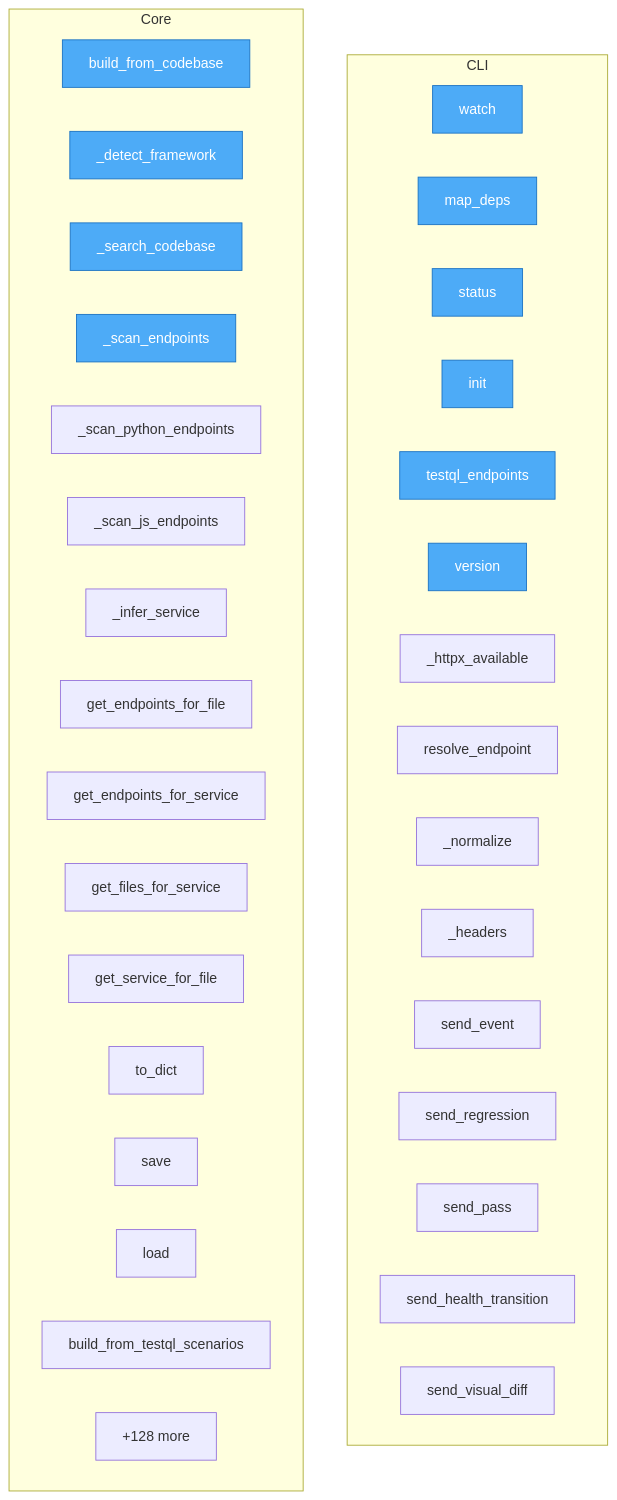
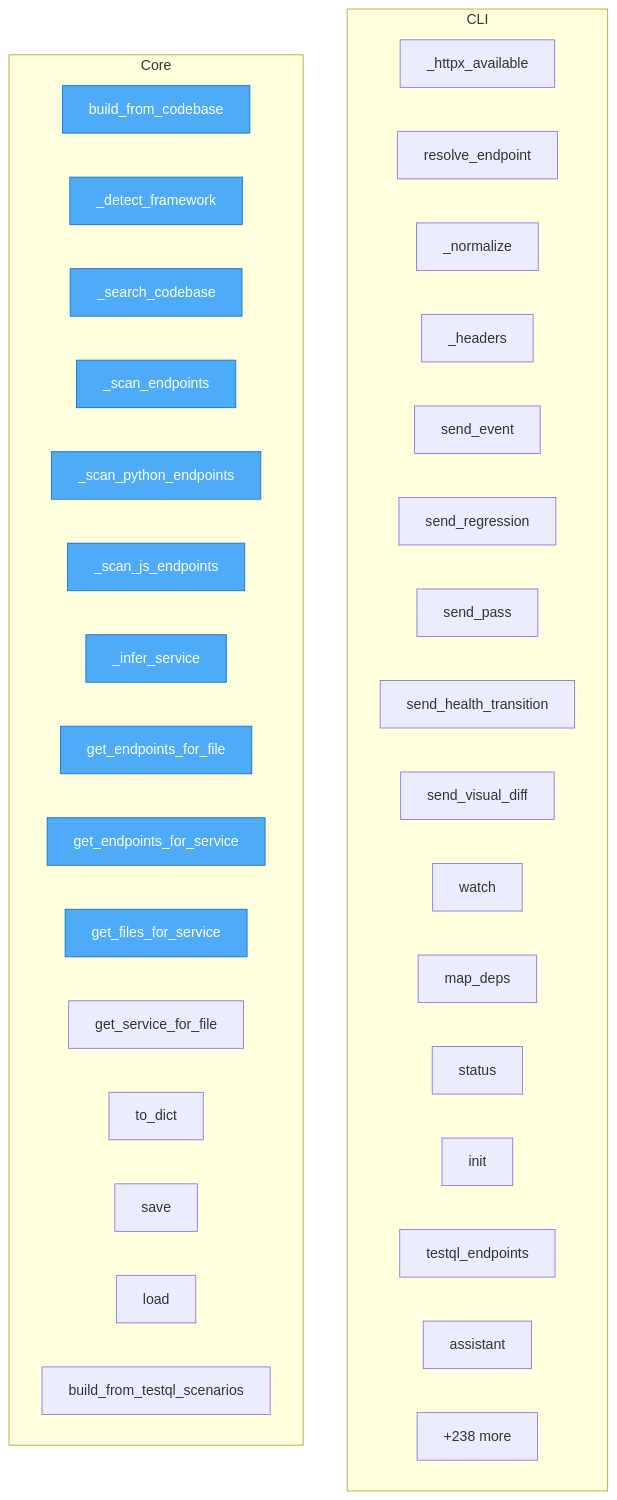
The diagram in project/flow.mmd (semcod/wup), drawn with Mermaid before and after one commit. The commit also changed 33 other files, not shown here.

```diff
--- a/project/flow.mmd
+++ b/project/flow.mmd
@@ -1,43 +1,44 @@
 flowchart TD
 
     %% Entry points (blue)
     classDef entry fill:#4dabf7,stroke:#1971c2,color:#fff
 
     subgraph CLI
-        wup__cli__watch["watch"]
-        wup__cli__map_deps["map_deps"]
-        wup__cli__status["status"]
-        wup__cli__init["init"]
-        wup__cli__testql_endpoints["testql_endpoints"]
-        wup__cli__version["version"]
         wup__web_client___httpx_available["_httpx_available"]
         wup__web_client__resolve_endpoint["resolve_endpoint"]
         wup__web_client___normalize["_normalize"]
         wup__web_client__WebClient___headers["_headers"]
         wup__web_client__WebClient__send_event["send_event"]
         wup__web_client__WebClient__send_regression["send_regression"]
         wup__web_client__WebClient__send_pass["send_pass"]
         wup__web_client__WebClient__send_health_transition["send_health_transition"]
         wup__web_client__WebClient__send_visual_diff["send_visual_diff"]
+        wup__cli__watch["watch"]
+        wup__cli__map_deps["map_deps"]
+        wup__cli__status["status"]
+        wup__cli__init["init"]
+        wup__cli__testql_endpoints["testql_endpoints"]
+        wup__cli__assistant["assistant"]
+        ...["+1 more"]
     end
 
     subgraph Core
         wup__dependency_mapper__DependencyMapper__build_from_codebase["build_from_codebase"]
         wup__dependency_mapper__DependencyMapper___detect_framework["_detect_framework"]
         wup__dependency_mapper__DependencyMapper___search_codebase["_search_codebase"]
         wup__dependency_mapper__DependencyMapper___scan_endpoints["_scan_endpoints"]
         wup__dependency_mapper__DependencyMapper___scan_python_endpoints["_scan_python_endpoints"]
         wup__dependency_mapper__DependencyMapper___scan_js_endpoints["_scan_js_endpoints"]
         wup__dependency_mapper__DependencyMapper___infer_service["_infer_service"]
         wup__dependency_mapper__DependencyMapper__get_endpoints_for_file["get_endpoints_for_file"]
         wup__dependency_mapper__DependencyMapper__get_endpoints_for_service["get_endpoints_for_service"]
         wup__dependency_mapper__DependencyMapper__get_files_for_service["get_files_for_service"]
         wup__dependency_mapper__DependencyMapper__get_service_for_file["get_service_for_file"]
         wup__dependency_mapper__DependencyMapper__to_dict["to_dict"]
         wup__dependency_mapper__DependencyMapper__save["save"]
         wup__dependency_mapper__DependencyMapper__load["load"]
         wup__dependency_mapper__DependencyMapper__build_from_testql_scenarios["build_from_testql_scenarios"]
-        ...["+128 more"]
+        ...["+238 more"]
     end
 
-    class wup__cli__watch,wup__cli__map_deps,wup__cli__status,wup__cli__init,wup__cli__testql_endpoints,wup__cli__version,wup__dependency_mapper__DependencyMapper__build_from_codebase,wup__dependency_mapper__DependencyMapper___detect_framework,wup__dependency_mapper__DependencyMapper___search_codebase,wup__dependency_mapper__DependencyMapper___scan_endpoints entry
+    class wup__dependency_mapper__DependencyMapper__build_from_codebase,wup__dependency_mapper__DependencyMapper___detect_framework,wup__dependency_mapper__DependencyMapper___search_codebase,wup__dependency_mapper__DependencyMapper___scan_endpoints,wup__dependency_mapper__DependencyMapper___scan_python_endpoints,wup__dependency_mapper__DependencyMapper___scan_js_endpoints,wup__dependency_mapper__DependencyMapper___infer_service,wup__dependency_mapper__DependencyMapper__get_endpoints_for_file,wup__dependency_mapper__DependencyMapper__get_endpoints_for_service,wup__dependency_mapper__DependencyMapper__get_files_for_service entry
```
